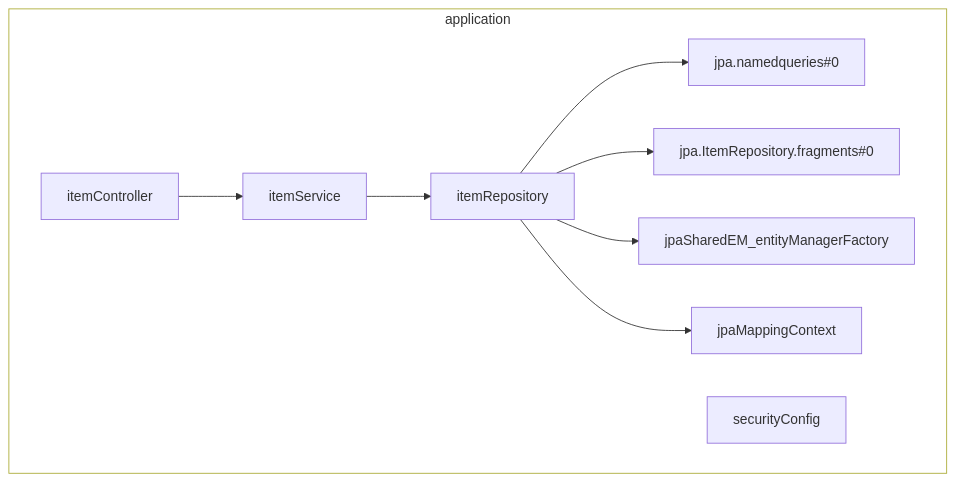
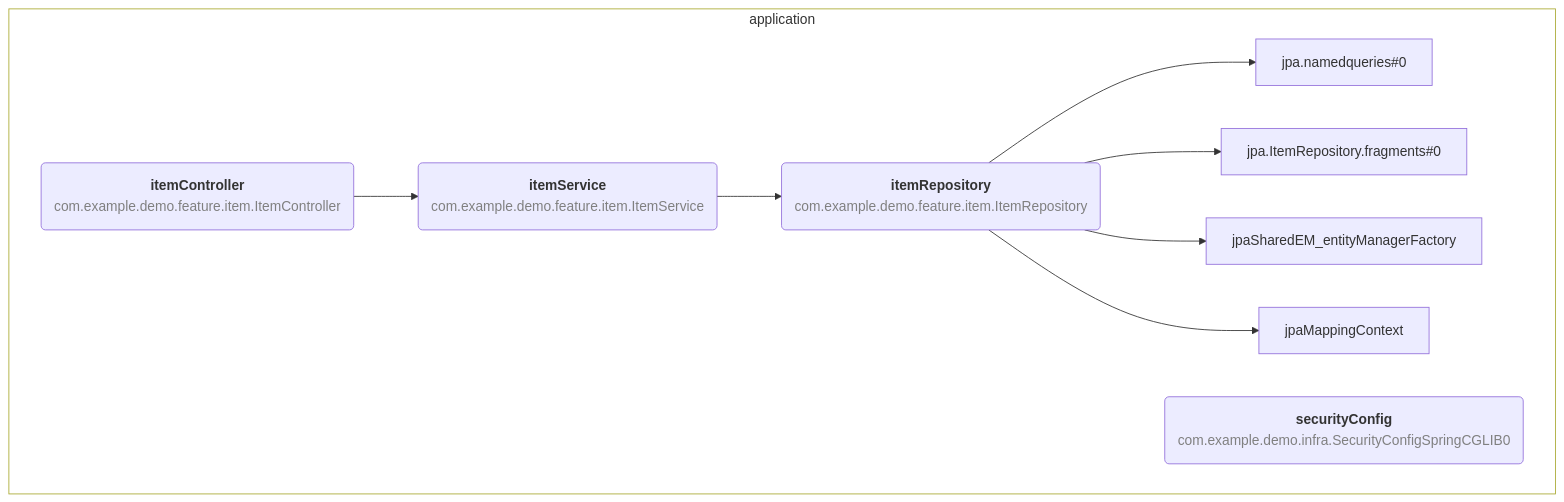
One commit to rudsvar/mermaid-beans changed the diagram in README.md. Above: the diagram before and after it, drawn with Mermaid. The commit also changed 1 other file, not shown here.

Commit message:
Improve look a little

````diff
--- a/README.md
+++ b/README.md
@@ -5,18 +5,18 @@
 ```mermaid
 graph TD;
 classDef transparent fill:#0000
 subgraph application
-direction LR    demoApplication[<div title="com.example.demo.DemoApplicationSpringCGLIB0">demoApplication</div>]
-    itemController[<div title="com.example.demo.feature.item.ItemController">itemController</div>]
+direction LR    demoApplication(<b>demoApplication</b><div style="color: gray">com.example.demo.DemoApplicationSpringCGLIB0</div>)
+    itemController(<b>itemController</b><div style="color: gray">com.example.demo.feature.item.ItemController</div>)
     itemController --> itemService
-    itemRepository[<div title="com.example.demo.feature.item.ItemRepository">itemRepository</div>]
+    itemRepository(<b>itemRepository</b><div style="color: gray">com.example.demo.feature.item.ItemRepository</div>)
     itemRepository --> jpa.namedqueries#0
     itemRepository --> jpa.ItemRepository.fragments#0
     itemRepository --> jpaSharedEM_entityManagerFactory
     itemRepository --> jpaMappingContext
-    itemService[<div title="com.example.demo.feature.item.ItemService">itemService</div>]
+    itemService(<b>itemService</b><div style="color: gray">com.example.demo.feature.item.ItemService</div>)
     itemService --> itemRepository
-    securityConfig[<div title="com.example.demo.infra.SecurityConfigSpringCGLIB0">securityConfig</div>]
+    securityConfig(<b>securityConfig</b><div style="color: gray">com.example.demo.infra.SecurityConfigSpringCGLIB0</div>)
 end
 class application transparent
 ```
````
